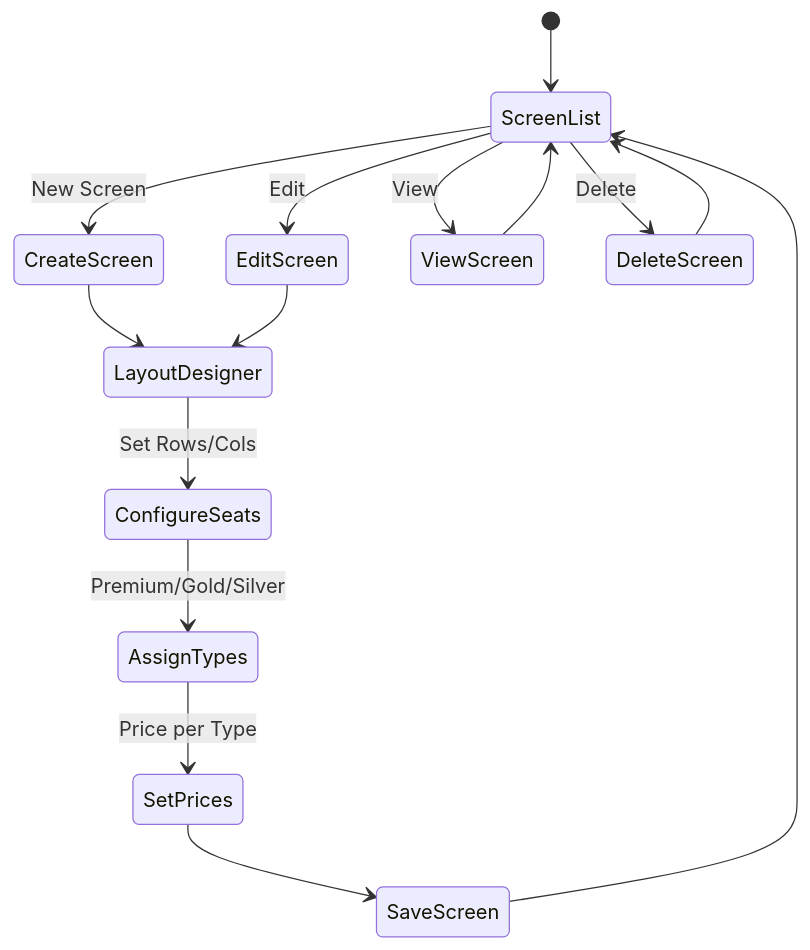
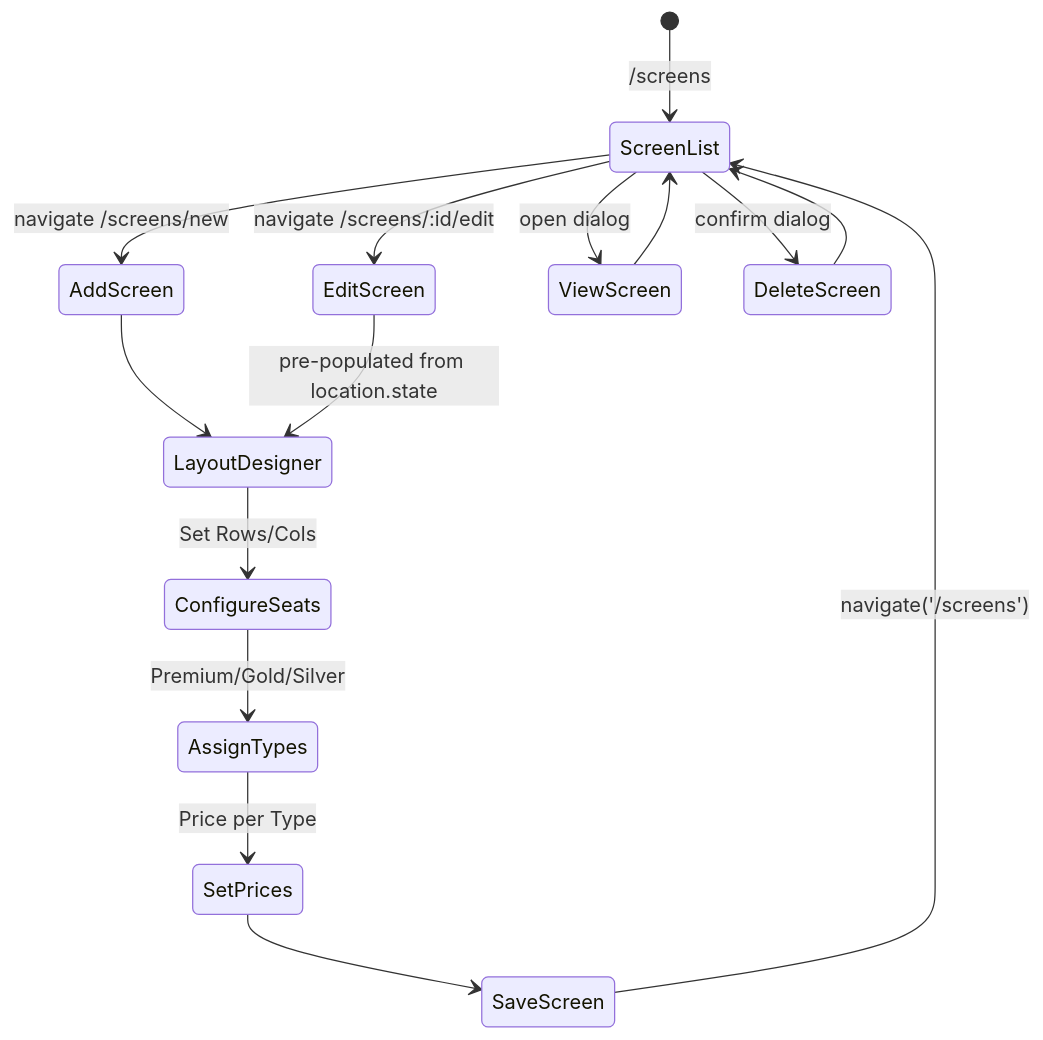
The sixth of 15 diagrams in admin.md (hduraimurugan/cinema-app-docs), drawn with Mermaid before and after one commit. The commit also changed other lines of this file and 1 other file, not shown here.

Commit message:
update admin panel documentation with new screen designer routes and components

````diff
--- a/admin.md
+++ b/admin.md
@@ -238,20 +245,20 @@
 ```mermaid
 stateDiagram-v2
-    [*] --> ScreenList
-    ScreenList --> CreateScreen: New Screen
-    ScreenList --> EditScreen: Edit
-    ScreenList --> ViewScreen: View
-    ScreenList --> DeleteScreen: Delete
+    [*] --> ScreenList: /screens
+    ScreenList --> AddScreen: navigate /screens/new
+    ScreenList --> EditScreen: navigate /screens/:id/edit
+    ScreenList --> ViewScreen: open dialog
+    ScreenList --> DeleteScreen: confirm dialog
 
-    CreateScreen --> LayoutDesigner
-    EditScreen --> LayoutDesigner
+    AddScreen --> LayoutDesigner
+    EditScreen --> LayoutDesigner: pre-populated from location.state
 
     LayoutDesigner --> ConfigureSeats: Set Rows/Cols
     ConfigureSeats --> AssignTypes: Premium/Gold/Silver
     AssignTypes --> SetPrices: Price per Type
     SetPrices --> SaveScreen
-    SaveScreen --> ScreenList
+    SaveScreen --> ScreenList: navigate('/screens')
 
     ViewScreen --> ScreenList
     DeleteScreen --> ScreenList
 ```
````
